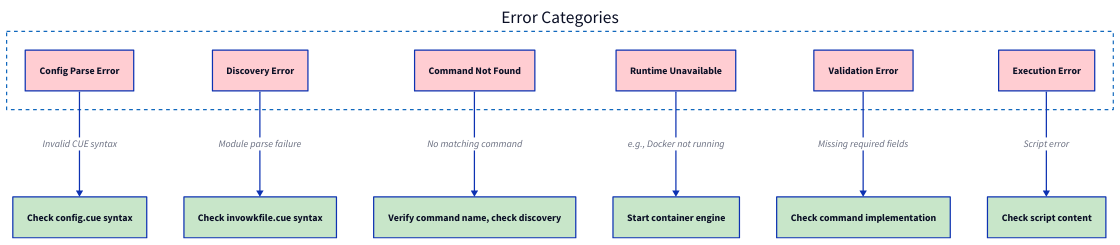
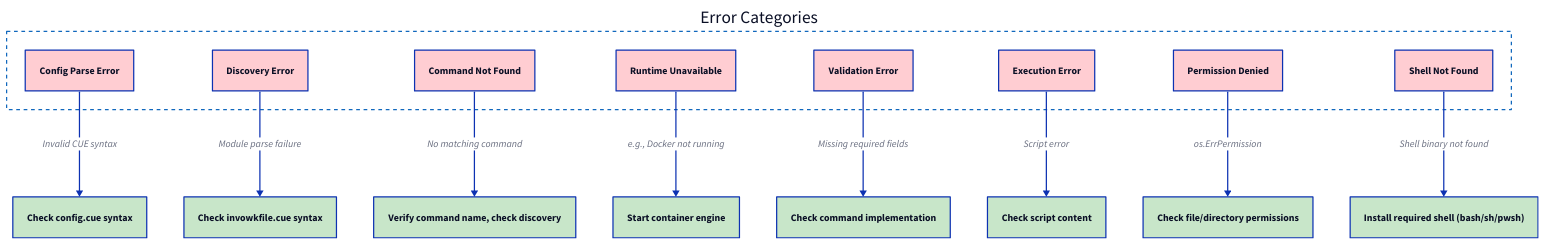
Before and after one commit to invowk/invowk: the diagram in docs/diagrams/flowcharts/execution-errors.d2, drawn with D2. The commit also changed 23 other files, not shown here. The source asks for the TALA layout; these drawings use dagre instead.

First line of the commit message:
fix(diagrams): correct 5 D2 diagrams for accuracy against codebase

```diff
--- a/docs/diagrams/flowcharts/execution-errors.d2
+++ b/docs/diagrams/flowcharts/execution-errors.d2
@@ -1,89 +1,107 @@
 # Execution Error Categories Flowchart
 #
 # Shows the main categories of errors that can occur during
 # command execution and their common fixes.
 #
-# Source: docs/architecture/sequence-execution.md (diagrams.ts)
+# Source: cmd/invowk/cmd_execute_error_classifier.go (classifyExecutionError)
 
 vars: {
   d2-config: {
     layout-engine: tala
   }
 }
 
 direction: down
 
 # ==============================================================================
 # Error Categories
 # ==============================================================================
 
 errors: Error Categories {
   style: {
     stroke: "#1168BD"
     stroke-dash: 3
     fill: transparent
   }
 
   E1: Config Parse Error {
     style.fill: "#FFCDD2"
   }
 
   E2: Discovery Error {
     style.fill: "#FFCDD2"
   }
 
   E3: Command Not Found {
     style.fill: "#FFCDD2"
   }
 
   E4: Runtime Unavailable {
     style.fill: "#FFCDD2"
   }
 
   E5: Validation Error {
     style.fill: "#FFCDD2"
   }
 
   E6: Execution Error {
     style.fill: "#FFCDD2"
   }
+
+  E7: Permission Denied {
+    style.fill: "#FFCDD2"
+  }
+
+  E8: Shell Not Found {
+    style.fill: "#FFCDD2"
+  }
 }
 
 # ==============================================================================
 # Fixes
 # ==============================================================================
 
 Fix1: Check config.cue syntax {
   style.fill: "#C8E6C9"
 }
 
 Fix2: Check invowkfile.cue syntax {
   style.fill: "#C8E6C9"
 }
 
 Fix3: Verify command name, check discovery {
   style.fill: "#C8E6C9"
 }
 
 Fix4: Start container engine {
   style.fill: "#C8E6C9"
 }
 
 Fix5: Check command implementation {
   style.fill: "#C8E6C9"
 }
 
 Fix6: Check script content {
   style.fill: "#C8E6C9"
 }
 
+Fix7: Check file/directory permissions {
+  style.fill: "#C8E6C9"
+}
+
+Fix8: Install required shell (bash/sh/pwsh) {
+  style.fill: "#C8E6C9"
+}
+
 # ==============================================================================
 # Connections
 # ==============================================================================
 
 errors.E1 -> Fix1: Invalid CUE syntax
 errors.E2 -> Fix2: Module parse failure
 errors.E3 -> Fix3: No matching command
 errors.E4 -> Fix4: e.g., Docker not running
 errors.E5 -> Fix5: Missing required fields
 errors.E6 -> Fix6: Script error
+errors.E7 -> Fix7: os.ErrPermission
+errors.E8 -> Fix8: Shell binary not found
```
